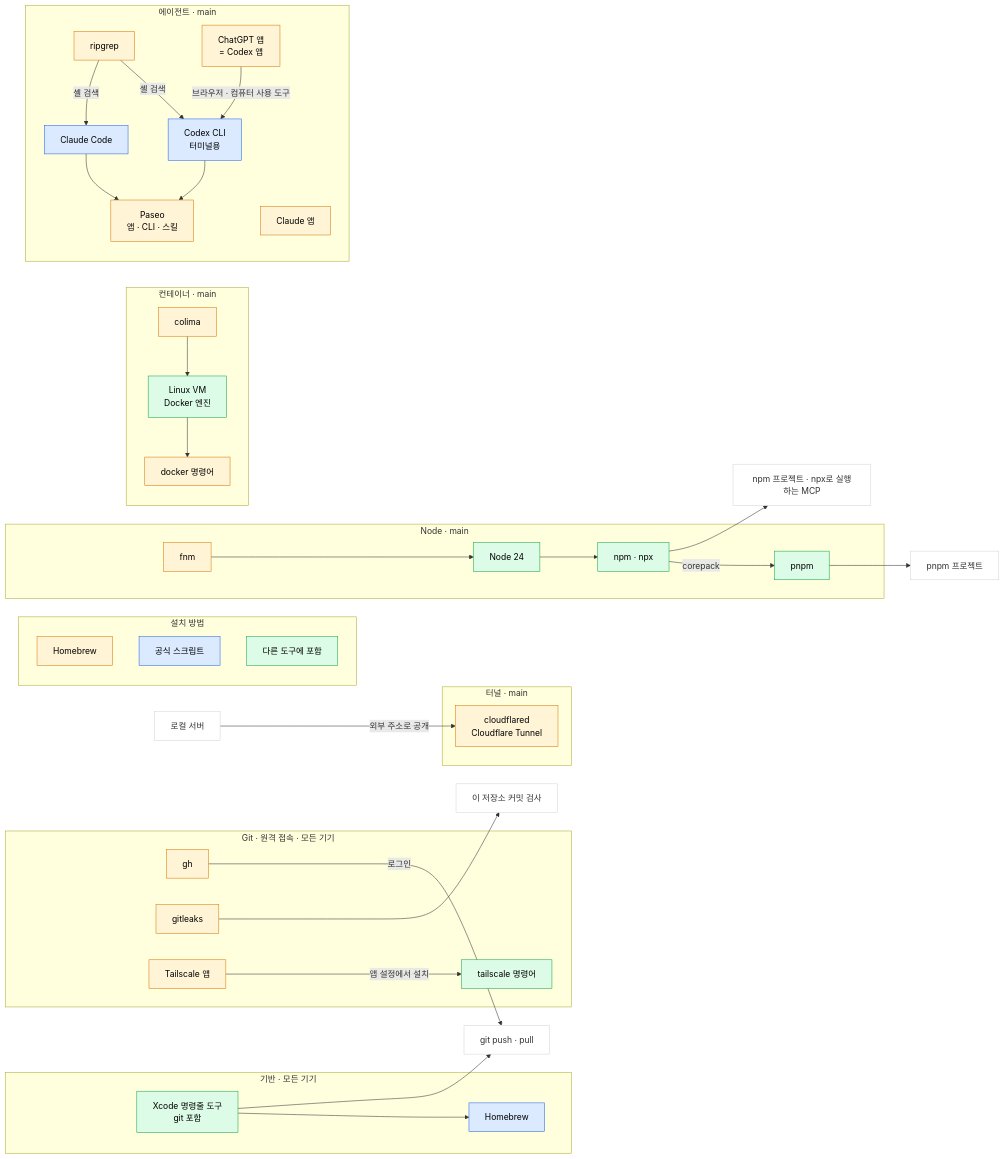
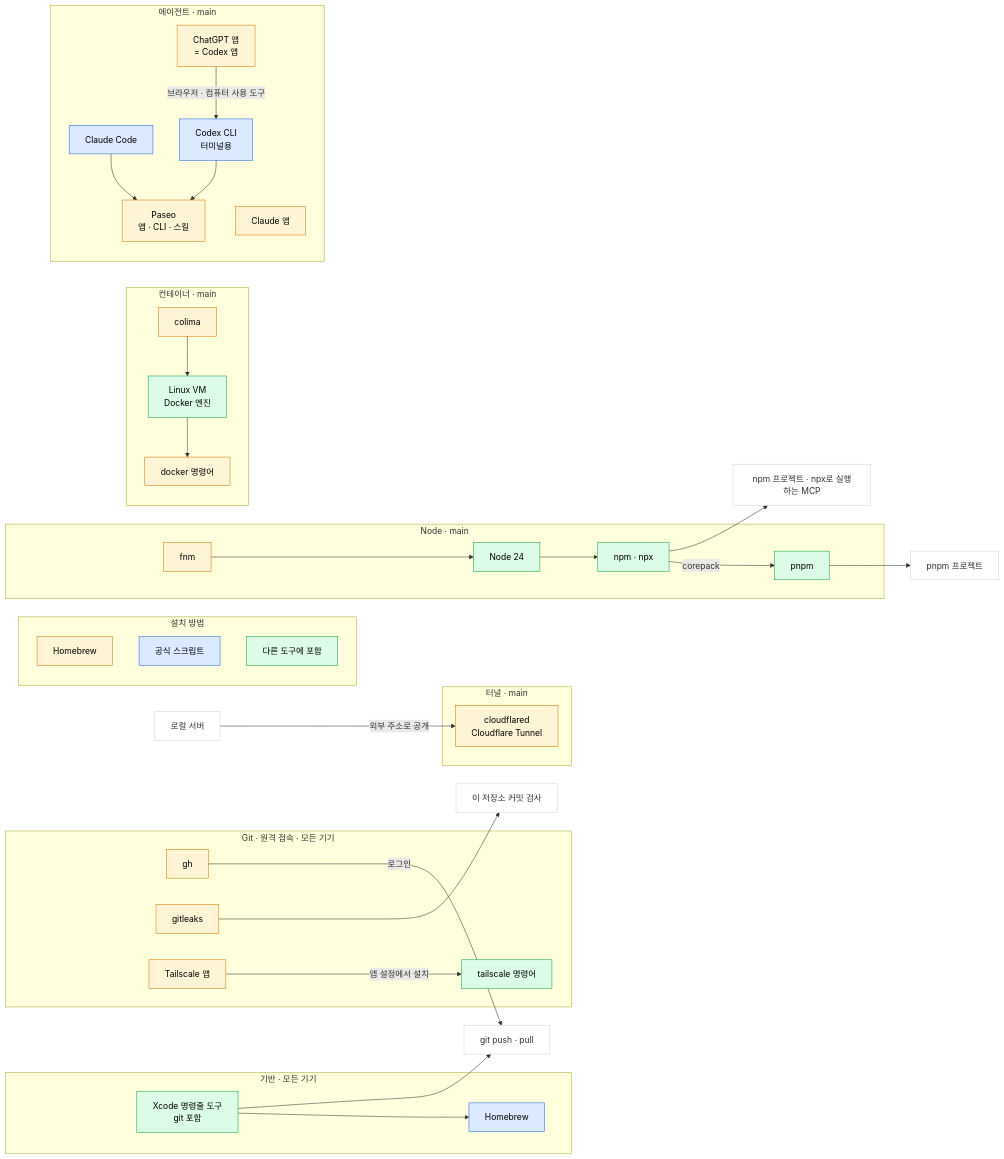
One commit to 01-works/bootstrap changed the diagram in TOOLS.md. Above: the diagram before and after it, drawn with Mermaid. The commit also changed other lines of this file and 3 other files, not shown here.

First line of the commit message:
ripgrep 제거, Codex 설치 스크립트 동작 기록

````diff
--- a/TOOLS.md
+++ b/TOOLS.md
@@ -9,75 +9,72 @@
 ```mermaid
 flowchart LR
   subgraph sgLegend["설치 방법"]
     direction TB
     LG1["Homebrew"]:::brew
     LG2["공식 스크립트"]:::script
     LG3["다른 도구에 포함"]:::bundled
   end
 
   subgraph sgBase["기반 · 모든 기기"]
     CLT["Xcode 명령줄 도구<br/>git 포함"]
     BREW["Homebrew"]
   end
   CLT --> BREW
 
   subgraph sgGit["Git · 원격 접속 · 모든 기기"]
     GH["gh"]
     GL["gitleaks"]
     TSAPP["Tailscale 앱"]
     TSCLI["tailscale 명령어"]
   end
   CLT --> GIT["git push · pull"]
   GH -->|로그인| GIT
   GL --> HOOK["이 저장소 커밋 검사"]
   TSAPP -->|앱 설정에서 설치| TSCLI
 
   subgraph sgNode["Node · main"]
     FNM["fnm"]
     NODE["Node 24"]
     NPM["npm · npx"]
     PNPM["pnpm"]
   end
   FNM --> NODE
   NODE --> NPM
   NPM -->|corepack| PNPM
   PNPM --> PP["pnpm 프로젝트"]
   NPM --> NP["npm 프로젝트 · npx로 실행하는 MCP"]
 
   subgraph sgDocker["컨테이너 · main"]
     COLIMA["colima"]
     VM["Linux VM<br/>Docker 엔진"]
     DOCKER["docker 명령어"]
   end
   COLIMA --> VM
   VM --> DOCKER
 
   subgraph sgAgents["에이전트 · main"]
-    RG["ripgrep"]
     CC["Claude Code"]
     CLAUDEAPP["Claude 앱"]
     CHATGPT["ChatGPT 앱<br/>= Codex 앱"]
     CODEX["Codex CLI<br/>터미널용"]
     PASEO["Paseo<br/>앱 · CLI · 스킬"]
   end
-  RG -->|셸 검색| CC
-  RG -->|셸 검색| CODEX
   CHATGPT -->|브라우저 · 컴퓨터 사용 도구| CODEX
   CC --> PASEO
   CODEX --> PASEO
 
   subgraph sgTunnel["터널 · main"]
     CF["cloudflared<br/>Cloudflare Tunnel"]
   end
   LOCAL["로컬 서버"] -->|외부 주소로 공개| CF
 
   classDef brew fill:#fff4d6,stroke:#d97706,color:#000
   classDef script fill:#dbeafe,stroke:#2563eb,color:#000
   classDef bundled fill:#dcfce7,stroke:#16a34a,color:#000
   classDef use fill:#ffffff,stroke:#d1d5db,color:#333
 
   class BREW,CC,CODEX script
   class CLT,NODE,NPM,PNPM,VM,TSCLI bundled
-  class FNM,COLIMA,DOCKER,RG,CLAUDEAPP,CHATGPT,PASEO,CF,GH,GL,TSAPP brew
+  class FNM,COLIMA,DOCKER,CLAUDEAPP,CHATGPT,PASEO,CF,GH,GL,TSAPP brew
   class PP,NP,GIT,HOOK,LOCAL use
 ```
````
